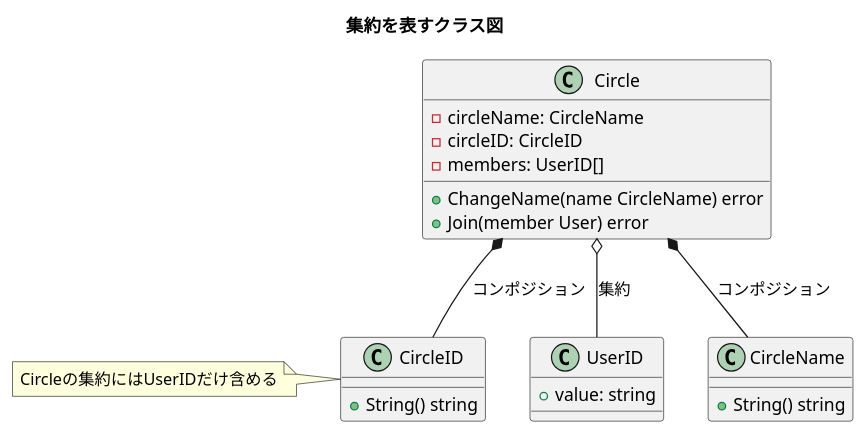
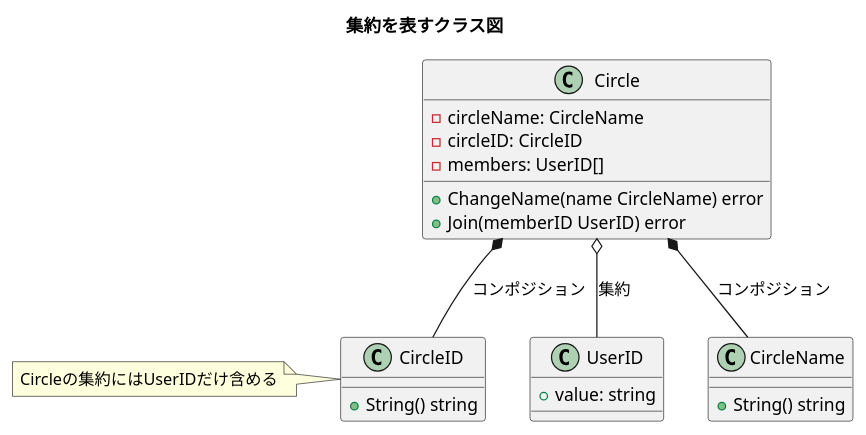
One commit to Yuki-TU/ddd changed the diagram in diagrams/ch12-aggregate-userid.puml. Above: the diagram before and after it, drawn with PlantUML. The commit also changed 3 other files, not shown here.

Commit message:
12章で DDD の集約と UML の集約・コンポジションを切り分け、Circle / User の順で読み進められるようにする。

```diff
--- a/diagrams/ch12-aggregate-userid.puml
+++ b/diagrams/ch12-aggregate-userid.puml
@@ -1,30 +1,30 @@
 @startuml
 title 集約を表すクラス図
 
 class UserID {
   + value: string
 }
 
 class Circle {
   - circleName: CircleName
   - circleID: CircleID
   - members: UserID[]
   + ChangeName(name CircleName) error
-  + Join(member User) error
+  + Join(memberID UserID) error
 }
 
 class CircleName {
   + String() string
 }
 class CircleID {
   + String() string
 }
 
 note left
 Circleの集約にはUserIDだけ含める
 endnote
 
 Circle *-- CircleID: コンポジション
 Circle *-- CircleName: コンポジション
 Circle o-- UserID: 集約
 @enduml
```
